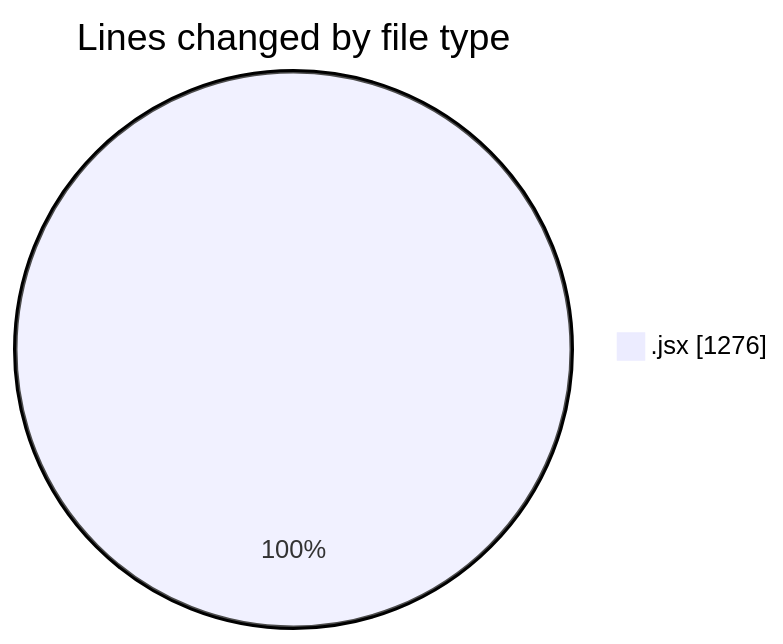
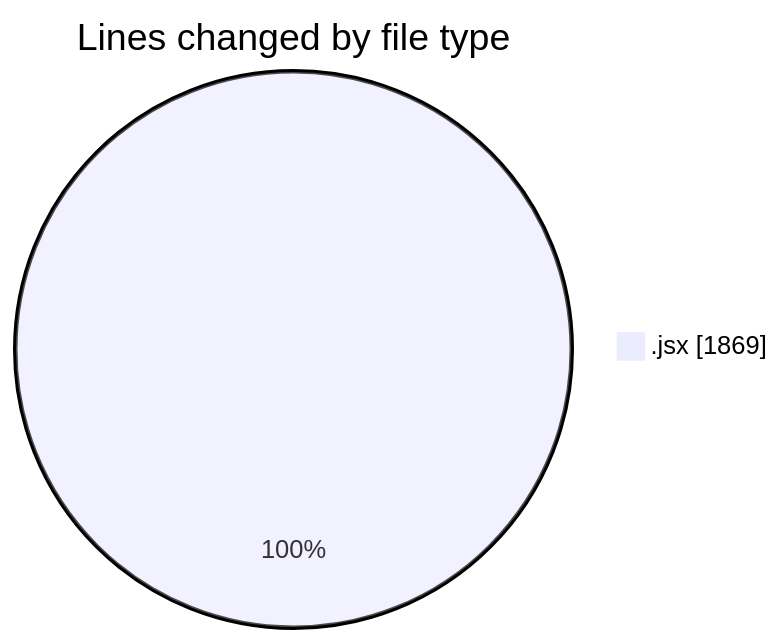
One commit to nxtqubesakshisongat/code-tracking changed the first of 2 diagrams in 2025-11-19/nxtqube_webapp/README.md. Above: the diagram before and after it, drawn with Mermaid. The commit also changed other lines of this file and 1 other file, not shown here.

````diff
--- a/2025-11-19/nxtqube_webapp/README.md
+++ b/2025-11-19/nxtqube_webapp/README.md
@@ -20,5 +21,5 @@
 ```mermaid
 pie showData
 title Lines changed by file type
-".jsx" : 1276
+".jsx" : 1869
 ```
````
